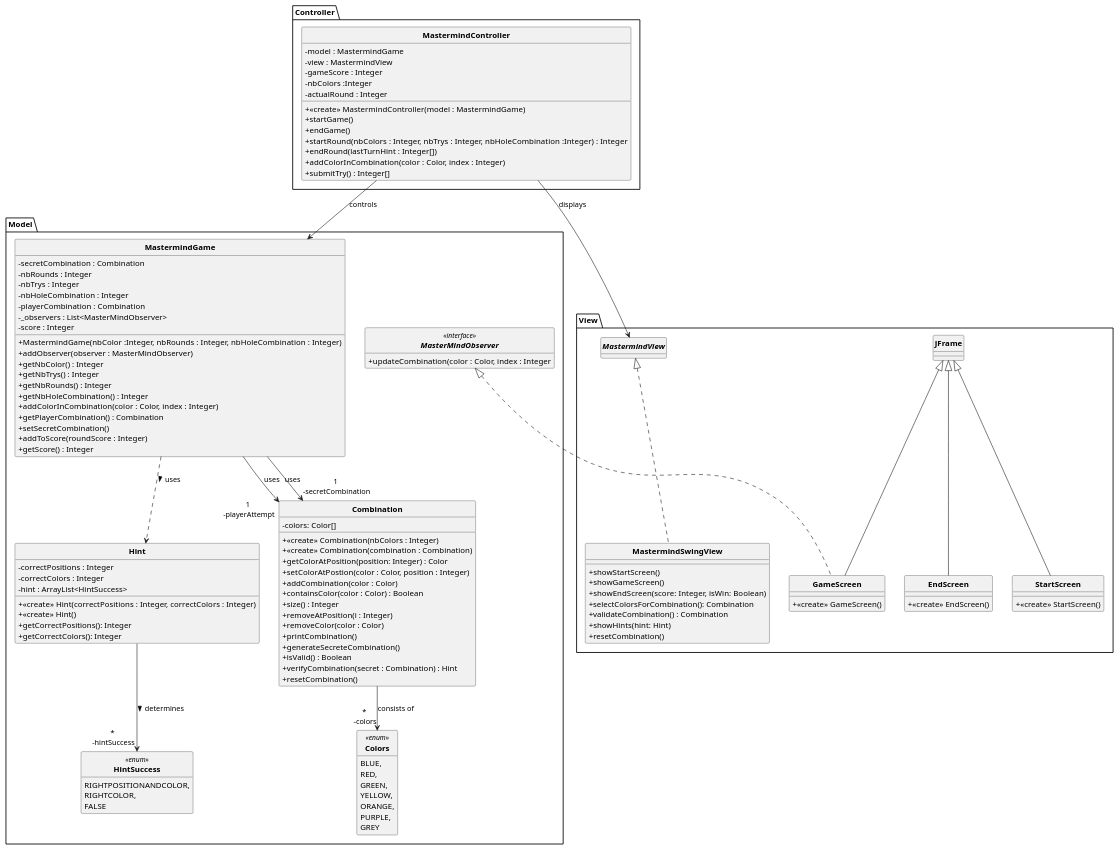
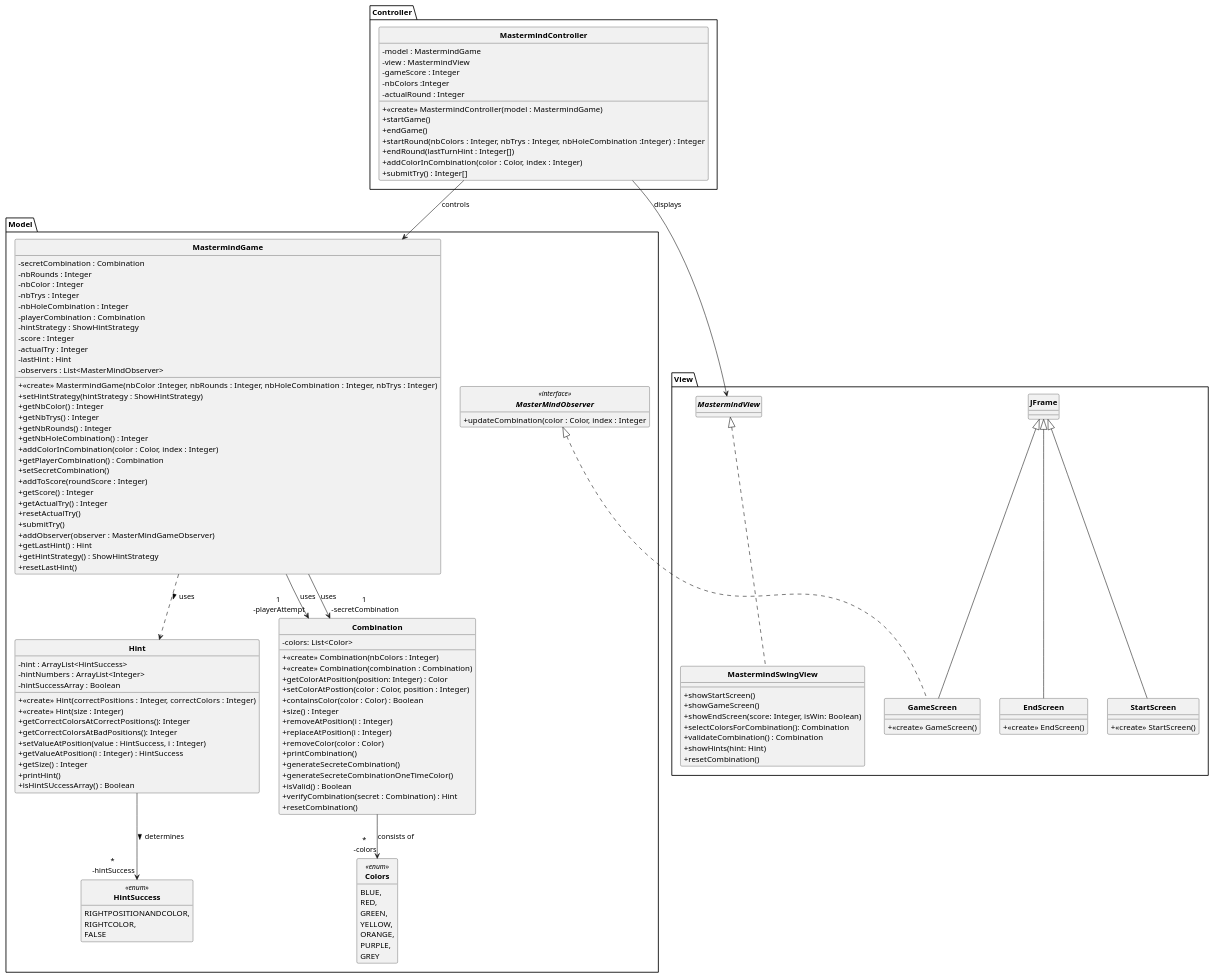
The diagram in DCC.puml (Taijin4/Mastermind), drawn with PlantUML before and after one commit.

Commit message:
Actualisation du DCC

```diff
--- a/DCC.puml
+++ b/DCC.puml
@@ -1,137 +1,154 @@
  @startuml
 skinparam style strictuml
 skinparam classAttributeIconSize 0
 skinparam classFontStyle Bold
 hide enum methods
 hide interface attributes
 
 package Model {
 
     class MastermindGame {
         - secretCombination : Combination
         - nbRounds : Integer
+        - nbColor : Integer
         - nbTrys : Integer
         - nbHoleCombination : Integer
         - playerCombination : Combination
-        - _observers : List<MasterMindObserver>
+        - hintStrategy : ShowHintStrategy
         - score : Integer
+        - actualTry : Integer
+        - lastHint : Hint
+        - observers : List<MasterMindObserver>
 
-        + MastermindGame(nbColor :Integer, nbRounds : Integer, nbHoleCombination : Integer)
-        + addObserver(observer : MasterMindObserver)
+        + <<create>> MastermindGame(nbColor :Integer, nbRounds : Integer, nbHoleCombination : Integer, nbTrys : Integer)
+        + setHintStrategy(hintStrategy : ShowHintStrategy)
         + getNbColor() : Integer
         + getNbTrys() : Integer
         + getNbRounds() : Integer
         + getNbHoleCombination() : Integer
         + addColorInCombination(color : Color, index : Integer)
         + getPlayerCombination() : Combination
         + setSecretCombination()
         + addToScore(roundScore : Integer)
         + getScore() : Integer
+        + getActualTry() : Integer
+        + resetActualTry()
+        + submitTry()
+        + addObserver(observer : MasterMindGameObserver)
+        + getLastHint() : Hint
+        + getHintStrategy() : ShowHintStrategy
+        + resetLastHint()
     }
 
     class Combination {
-        - colors: Color[]
+        - colors: List<Color>
         + <<create>> Combination(nbColors : Integer)
         + <<create>> Combination(combination : Combination)
         + getColorAtPosition(position: Integer) : Color
         + setColorAtPostion(color : Color, position : Integer)
-        + addCombination(color : Color)
         + containsColor(color : Color) : Boolean
         + size() : Integer
         + removeAtPosition(i : Integer)
+        + replaceAtPosition(i : Integer)
         + removeColor(color : Color)
         + printCombination()
         + generateSecreteCombination()
+        + generateSecreteCombinationOneTimeColor()
         + isValid() : Boolean
         + verifyCombination(secret : Combination) : Hint
         + resetCombination()
     }
 
     class Hint {
-        - correctPositions : Integer
-        - correctColors : Integer
         - hint : ArrayList<HintSuccess>
+        - hintNumbers : ArrayList<Integer>
+        - hintSuccessArray : Boolean
         + <<create>> Hint(correctPositions : Integer, correctColors : Integer)
-        + <<create>> Hint()
-        + getCorrectPositions(): Integer
-        + getCorrectColors(): Integer
+        + <<create>> Hint(size : Integer)
+        + getCorrectColorsAtCorrectPositions(): Integer
+        + getCorrectColorsAtBadPositions(): Integer
+        + setValueAtPosition(value : HintSuccess, i : Integer)
+        + getValueAtPosition(i : Integer) : HintSuccess
+        + getSize() : Integer
+        + printHint()
+        + isHintSUccessArray() : Boolean
     }
 
     enum Colors <<enum>> {
         BLUE,
         RED,
         GREEN,
         YELLOW,
         ORANGE,
         PURPLE,
         GREY
     }
 
     enum HintSuccess <<enum>> {
         RIGHTPOSITIONANDCOLOR,
         RIGHTCOLOR,
         FALSE
     }
 
     interface MasterMindObserver <<interface>> {
         + updateCombination(color : Color, index : Integer
 
     }
 
 
 }
 
 package View {
 
     class StartScreen extends JFrame {
         + <<create>> StartScreen()
     }
 
     class EndScreen extends JFrame {
         + <<create>> EndScreen()
     }
 
     class GameScreen extends JFrame implements Model.MasterMindObserver{
         + <<create>> GameScreen()
     }
 
     class MastermindSwingView implements MastermindView {
         + showStartScreen()
         + showGameScreen()
         + showEndScreen(score: Integer, isWin: Boolean)
         + selectColorsForCombination(): Combination
         + validateCombination() : Combination
         + showHints(hint: Hint)
         + resetCombination()
     }
 
 }
 
 package Controller {
 
     class MastermindController {
         - model : MastermindGame
         - view : MastermindView
         - gameScore : Integer
         - nbColors :Integer
         - actualRound : Integer
         + <<create>> MastermindController(model : MastermindGame)
         + startGame()
         + endGame()
         + startRound(nbColors : Integer, nbTrys : Integer, nbHoleCombination :Integer) : Integer
         + endRound(lastTurnHint : Integer[])
         + addColorInCombination(color : Color, index : Integer)
         + submitTry() : Integer[]
 
     }
 
 }
 
 MastermindGame --> "1\n -secretCombination" Combination : uses
 MastermindGame --> "1\n -playerAttempt" Combination : uses
 MastermindController --> MastermindGame : controls
 MastermindController --> MastermindView : displays
 Combination --> "*\n -colors" Colors : consists of
 Hint --> "*\n -hintSuccess" HintSuccess : determines >
 MastermindGame ..> Hint : uses >
 @enduml
```
